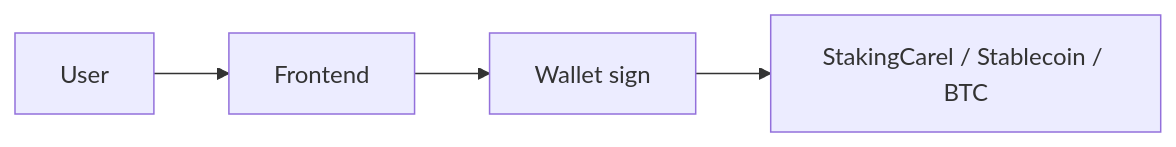
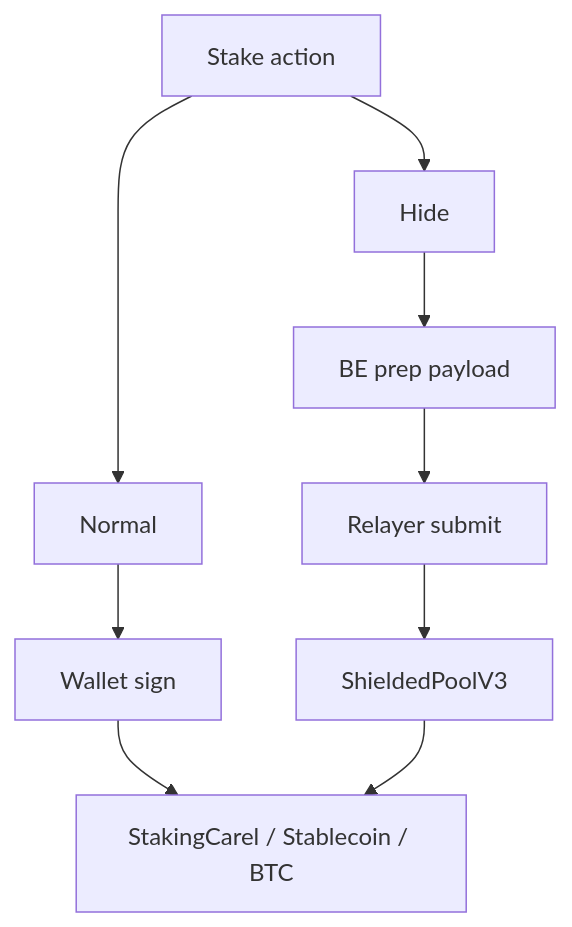
The fifth of 6 diagrams in README.md (ntfound-dev/zkcarel_protocol), drawn with Mermaid before and after one commit. The commit also changed other lines of this file and 1 other file, not shown here.

Commit message:
docs: make mode diagrams flow-based

````diff
--- a/README.md
+++ b/README.md
@@ -190,6 +200,12 @@
 ```mermaid
-flowchart LR
-  U[User] --> FE[Frontend]
-  FE --> W[Wallet sign]
-  W --> STAKE[StakingCarel / Stablecoin / BTC]
+flowchart TD
+  A[Stake action] --> N1[Normal]
+  N1 --> N2[Wallet sign]
+  N2 --> STAKE[StakingCarel / Stablecoin / BTC]
+
+  A --> H1[Hide]
+  H1 --> H2[BE prep payload]
+  H2 --> H3[Relayer submit]
+  H3 --> H4[ShieldedPoolV3]
+  H4 --> STAKE
 ```
````
